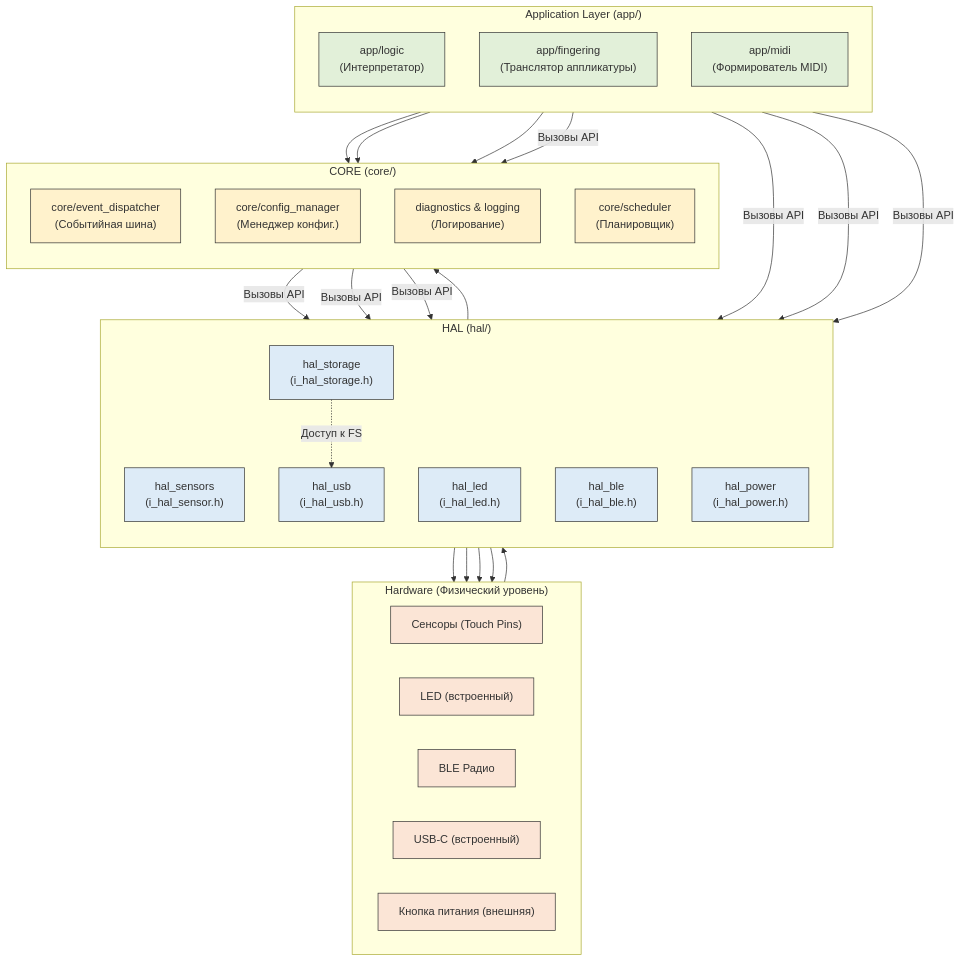
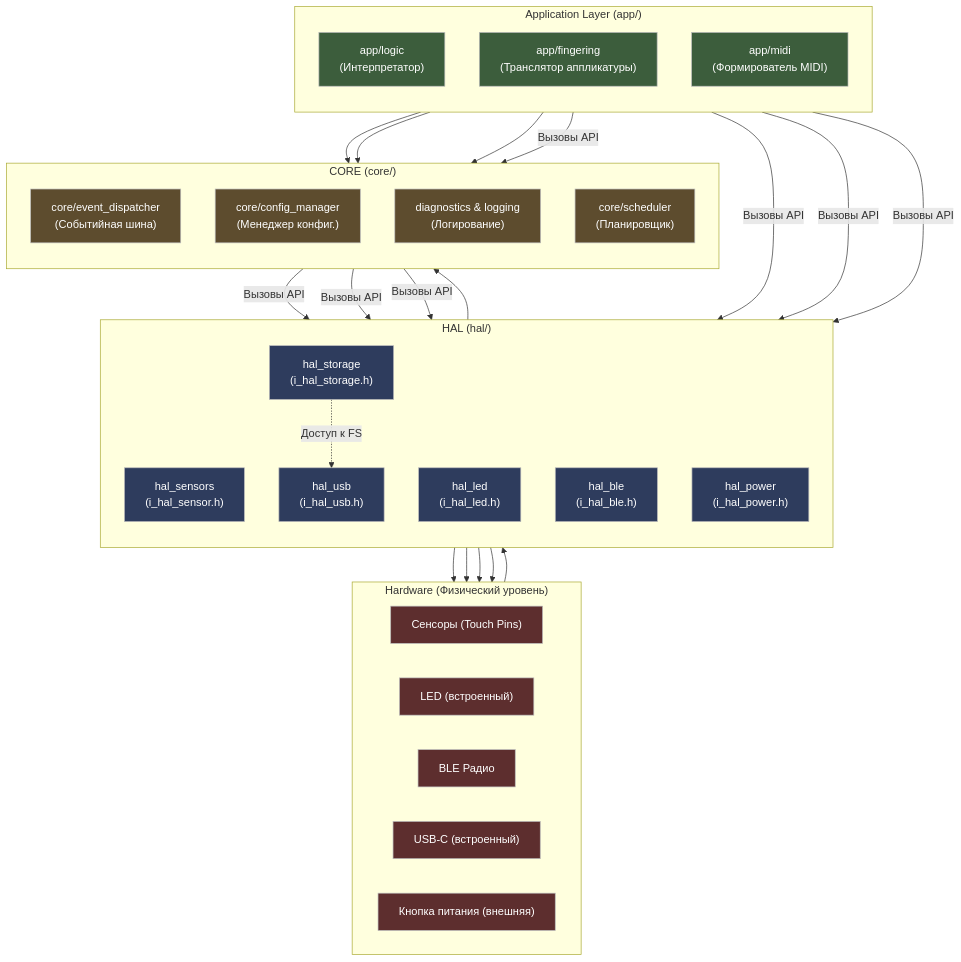
Before and after one commit to Thibak/PCh: the first of 5 diagrams in docs/architecture_diagrams.md, drawn with Mermaid. The commit also changed other lines of this file, not shown here.

Commit message:
modified:   docs/architecture_diagrams.md

````diff
--- a/docs/architecture_diagrams.md
+++ b/docs/architecture_diagrams.md
@@ -8,72 +8,72 @@
 ```mermaid
 graph TD  
     subgraph "Hardware (Физический уровень)"  
         direction LR  
         Sensors["Сенсоры (Touch Pins)"]  
         LED["LED (встроенный)"]  
         BLE_HW[BLE Радио]  
         USB_HW["USB-C (встроенный)"]  
         PSW["Кнопка питания (внешняя)"]  
     end
 
     subgraph "Application Layer (app/)"  
         direction TB  
         APP_Logic["app/logic\n(Интерпретатор)"]  
         APP_Fingering["app/fingering\n(Транслятор аппликатуры)"]  
         APP_Midi["app/midi\n(Формирователь MIDI)"]  
     end
 
     subgraph "HAL (hal/)"  
         direction TB  
         HAL_Sensors["hal_sensors\n(i_hal_sensor.h)"]  
         HAL_LED["hal_led\n(i_hal_led.h)"]  
         HAL_BLE["hal_ble\n(i_hal_ble.h)"]  
         HAL_USB["hal_usb\n(i_hal_usb.h)"]  
         HAL_Storage["hal_storage\n(i_hal_storage.h)"]  
         HAL_Power["hal_power\n(i_hal_power.h)"]  
     end
 
     subgraph "CORE (core/)"  
         direction TB  
         CORE_Event["core/event_dispatcher\n(Событийная шина)"]  
         CORE_Config["core/config_manager\n(Менеджер конфиг.)"]  
         CORE_Log["diagnostics & logging\n(Логирование)"]  
         CORE_Scheduler["core/scheduler\n(Планировщик)"]  
     end
 
     %% Связи APP  
     APP_Logic --> CORE_Event  
     APP_Fingering --> CORE_Event  
     APP_Midi --> CORE_Event  
       
     APP_Midi -->|Вызовы API| HAL_BLE  
     APP_Midi -->|Вызовы API| HAL_LED  
     APP_Fingering -->|Вызовы API| HAL_Storage  
     APP_Logic -->|Вызовы API| CORE_Config
 
     %% Связи HAL  
     Sensors --> HAL_Sensors  
     HAL_Sensors --> CORE_Event  
       
     HAL_LED --> LED  
     HAL_BLE --> BLE_HW  
     HAL_Power --> PSW  
       
     HAL_USB --> USB_HW  
     HAL_Storage -.->|Доступ к FS| HAL_USB  
     CORE_Log -->|Вызовы API| HAL_USB
 
     %% Связи CORE  
     CORE_Config -->|Вызовы API| HAL_Storage  
     CORE_Scheduler -->|Вызовы API| HAL_Power  
       
-    classDef hal fill:#DDEBF7,stroke:#333  
-    classDef app fill:#E2F0D9,stroke:#333  
-    classDef core fill:#FFF2CC,stroke:#333  
-    classDef hw fill:#FBE5D6,stroke:#333  
-      
+    classDef hal fill:#2E3C5D,stroke:#BBB,color:#FFF
+    classDef app fill:#3C5D3C,stroke:#BBB,color:#FFF
+    classDef core fill:#5D4C2E,stroke:#BBB,color:#FFF
+    classDef hw fill:#5D2E2E,stroke:#BBB,color:#FFF
+        
     class HAL_Sensors,HAL_LED,HAL_BLE,HAL_USB,HAL_Storage,HAL_Power hal
     class APP_Logic,APP_Fingering,APP_Midi app
     class CORE_Event,CORE_Config,CORE_Log,CORE_Scheduler core
     class Sensors,LED,BLE_HW,USB_HW,PSW hw
 ```
````
